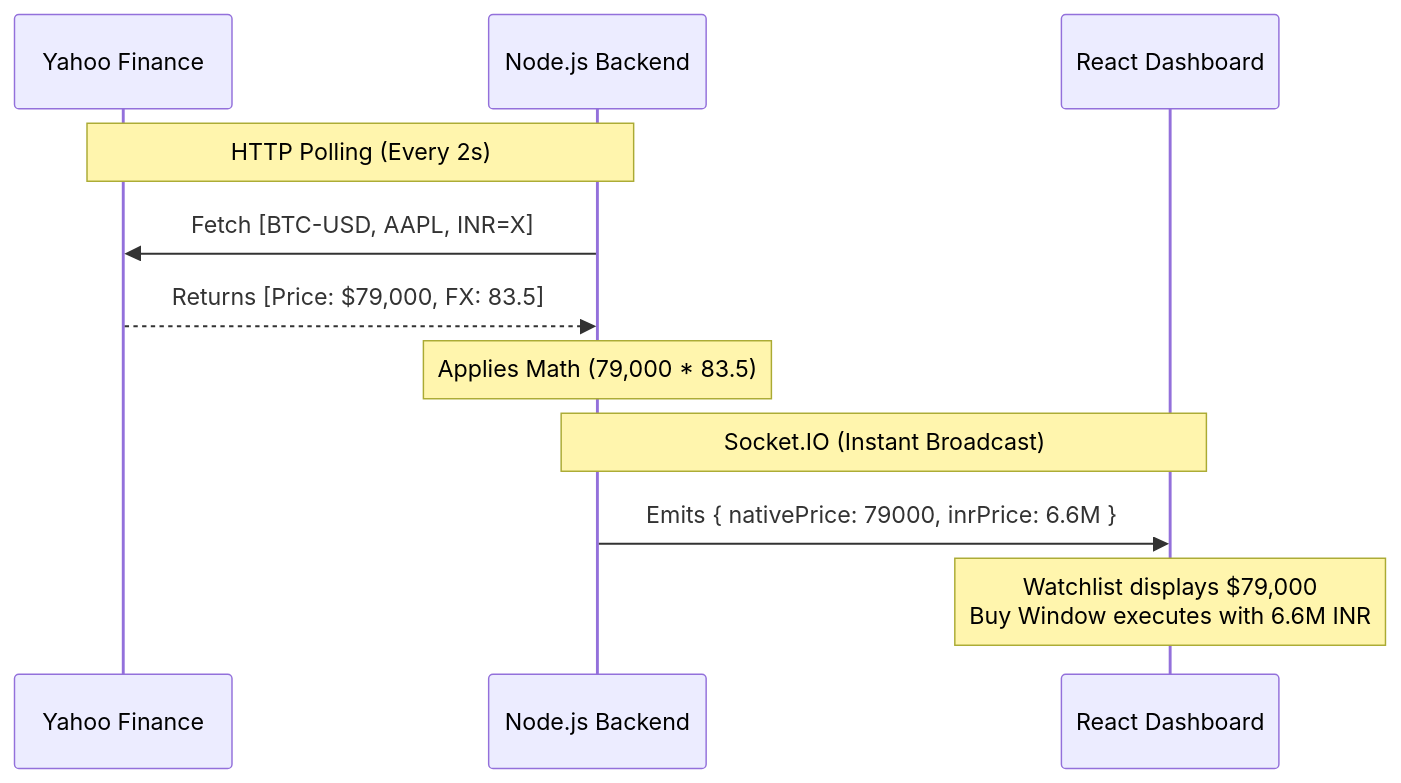
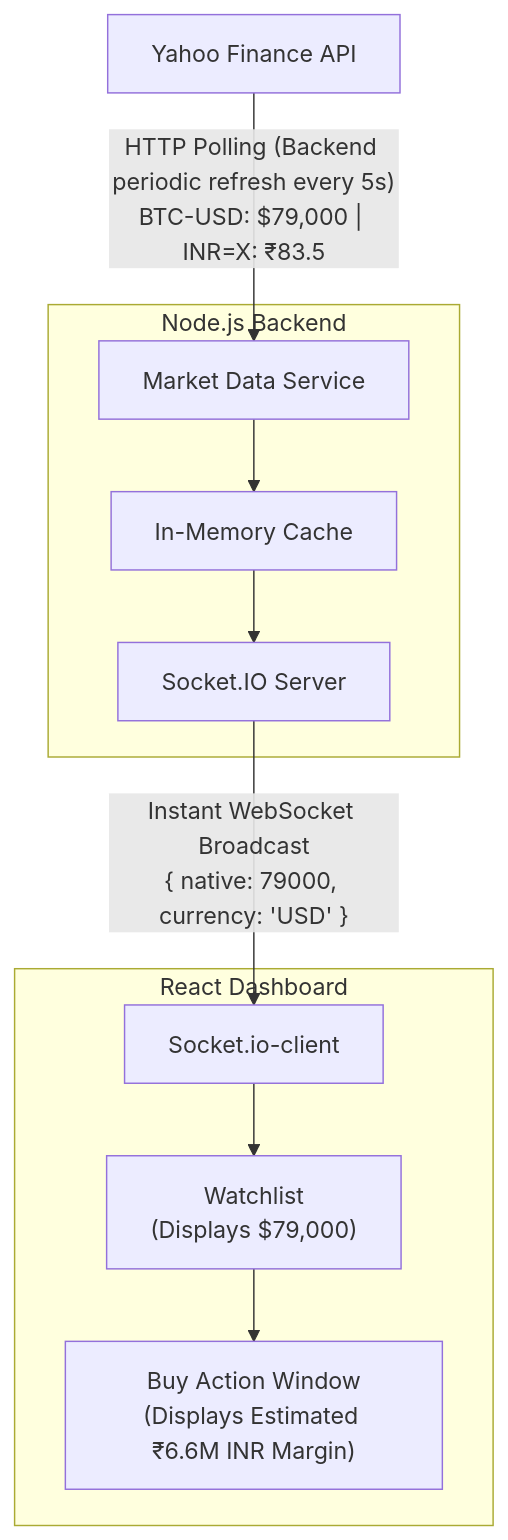
One commit to kartik14964/Zerodha changed the diagram in README.md. Above: the diagram before and after it, drawn with Mermaid. The commit also changed other lines of this file and 3 other files, not shown here.

Commit message:
docs: finalize architecture documentation and polling strategy

````diff
--- a/README.md
+++ b/README.md
@@ -14,17 +14,18 @@
   ```mermaid
-  sequenceDiagram
-      participant YF as Yahoo Finance
-      participant BE as Node.js Backend
-      participant FE as React Dashboard
+  flowchart TD
+      YF["Yahoo Finance API"]
       
-      Note over YF,BE: HTTP Polling (Every 2s)
-      BE->>YF: Fetch [BTC-USD, AAPL, INR=X]
-      YF-->>BE: Returns [Price: $79,000, FX: 83.5]
+      YF -->|"HTTP Polling (Backend periodic refresh every 5s)<br/>BTC-USD: $79,000 | INR=X: ₹83.5"| BE
       
-      Note over BE: Applies Math (79,000 * 83.5)
+      subgraph Backend ["Node.js Backend"]
+          BE["Market Data Service"] --> Cache["In-Memory Cache"]
+          Cache --> Socket["Socket.IO Server"]
+      end
       
-      Note over BE,FE: Socket.IO (Instant Broadcast)
-      BE->>FE: Emits { nativePrice: 79000, inrPrice: 6.6M }
+      Socket -->|"Instant WebSocket Broadcast<br/>{ native: 79000, currency: 'USD' }"| FE
       
-      Note over FE: Watchlist displays $79,000<br/>Buy Window executes with 6.6M INR
+      subgraph Frontend ["React Dashboard"]
+          FE["Socket.io-client"] --> WL["Watchlist<br/>(Displays $79,000)"]
+          WL --> BW["Buy Action Window<br/>(Displays Estimated ₹6.6M INR Margin)"]
+      end
   ```
````
